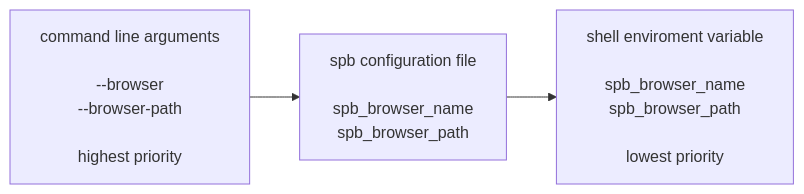
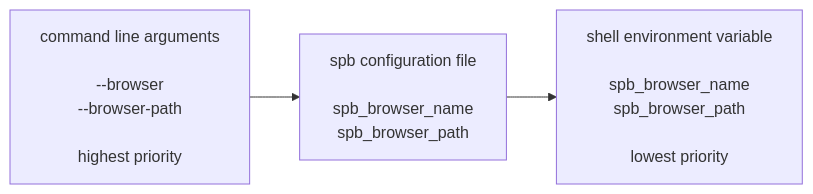
Before and after one commit to henri/spb: the diagram in README.md, drawn with Mermaid. The commit also changed other lines of this file, not shown here.

````diff
--- a/README.md
+++ b/README.md
@@ -1015,4 +1015,4 @@
 ```mermaid
 flowchart LR
-    A[command line arguments\n\n--browser\n--browser-path\n\nhighest priority] --> B[spb configuration file\n\nspb_browser_name\nspb_browser_path] --> C[shell enviroment variable\n\nspb_browser_name\nspb_browser_path\n\nlowest priority]
+    A[command line arguments\n\n--browser\n--browser-path\n\nhighest priority] --> B[spb configuration file\n\nspb_browser_name\nspb_browser_path] --> C[shell environment variable\n\nspb_browser_name\nspb_browser_path\n\nlowest priority]
 ```
````
